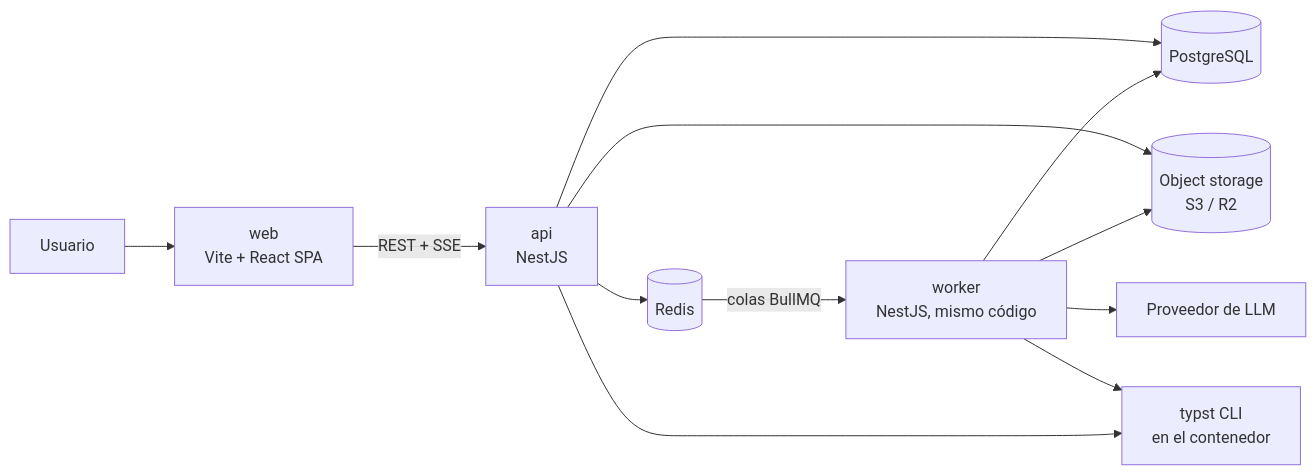
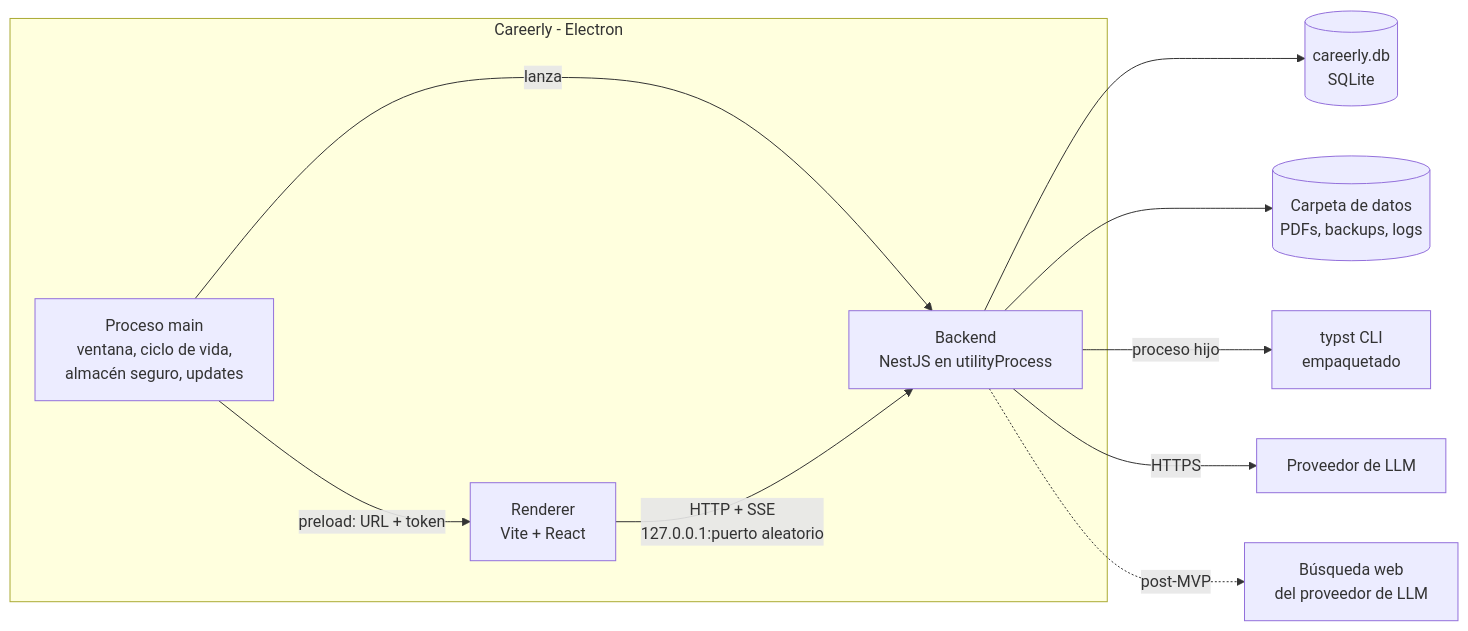
The first of 3 diagrams in ARCHITECTURE.md (BTRC-Solutions/careerly), drawn with Mermaid before and after one commit. The commit also changed other lines of this file and 3 other files, not shown here.

Commit message:
docs: arch, req, roadmap & styles markdowns

````diff
--- a/ARCHITECTURE.md
+++ b/ARCHITECTURE.md
@@ -36,14 +59,16 @@
 ```mermaid
 flowchart LR
-    U[Usuario] --> WEB[web<br/>Vite + React SPA]
-    WEB -->|REST + SSE| API[api<br/>NestJS]
-    API --> PG[(PostgreSQL)]
-    API --> REDIS[(Redis)]
-    API --> S3[(Object storage<br/>S3 / R2)]
-    REDIS -->|colas BullMQ| WORKER[worker<br/>NestJS, mismo código]
-    WORKER --> PG
-    WORKER --> S3
-    WORKER --> LLM[Proveedor de LLM]
-    WORKER --> TYPST[typst CLI<br/>en el contenedor]
-    API --> TYPST
+    subgraph APP[Careerly - Electron]
+        MAIN[Proceso main<br/>ventana, ciclo de vida,<br/>almacén seguro, updates]
+        UI[Renderer<br/>Vite + React]
+        API[Backend<br/>NestJS en utilityProcess]
+        MAIN -->|lanza| API
+        MAIN -->|preload: URL + token| UI
+        UI -->|HTTP + SSE<br/>127.0.0.1:puerto aleatorio| API
+    end
+    API --> DB[(careerly.db<br/>SQLite)]
+    API --> FILES[(Carpeta de datos<br/>PDFs, backups, logs)]
+    API -->|proceso hijo| TYPST[typst CLI<br/>empaquetado]
+    API -->|HTTPS| LLM[Proveedor de LLM]
+    API -. post-MVP .-> SEARCH[Búsqueda web<br/>del proveedor de LLM]
 ```
````
